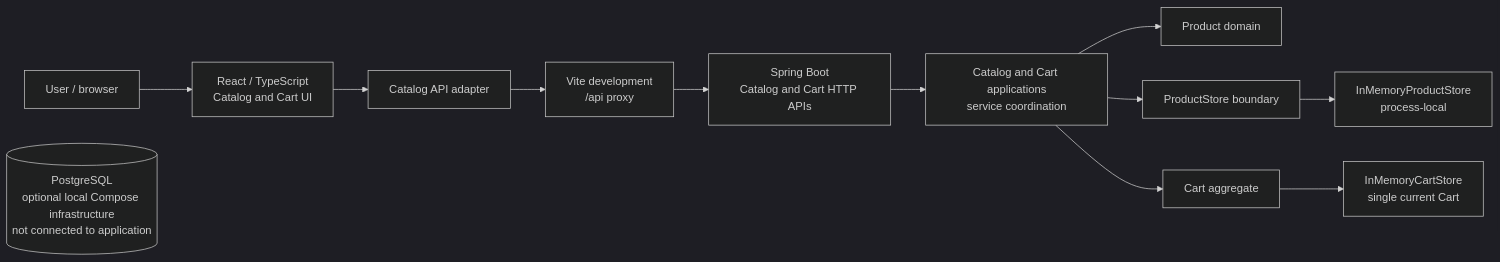
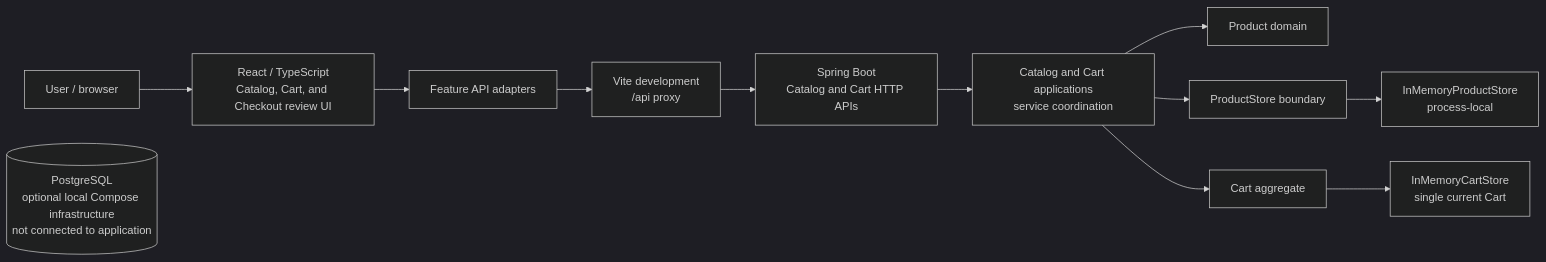
One commit to Samska/samska-sandbox changed the first of 2 diagrams in README.md. Above: the diagram before and after it, drawn with Mermaid (dark theme). The commit also changed other lines of this file and 21 other files, not shown here.

First line of the commit message:
feat(checkout): add editable live Cart review (#54)

````diff
--- a/README.md
+++ b/README.md
@@ -51,15 +52,15 @@
 ```mermaid
 flowchart LR
-    User[User / browser] --> UI[React / TypeScript<br/>Catalog and Cart UI]
-    UI --> Adapter[Catalog API adapter]
+    User[User / browser] --> UI[React / TypeScript<br/>Catalog, Cart, and Checkout review UI]
+    UI --> Adapter[Feature API adapters]
     Adapter --> Proxy[Vite development<br/>/api proxy]
     Proxy --> HTTP[Spring Boot<br/>Catalog and Cart HTTP APIs]
     HTTP --> App[Catalog and Cart applications<br/>service coordination]
     App --> Domain[Product domain]
     App --> Store[ProductStore boundary]
     Store --> Memory[InMemoryProductStore<br/>process-local]
     App --> Cart[Cart aggregate]
     Cart --> CartMemory[InMemoryCartStore<br/>single current Cart]
 
     Postgres[(PostgreSQL<br/>optional local Compose infrastructure<br/>not connected to application)]
 ```
````
